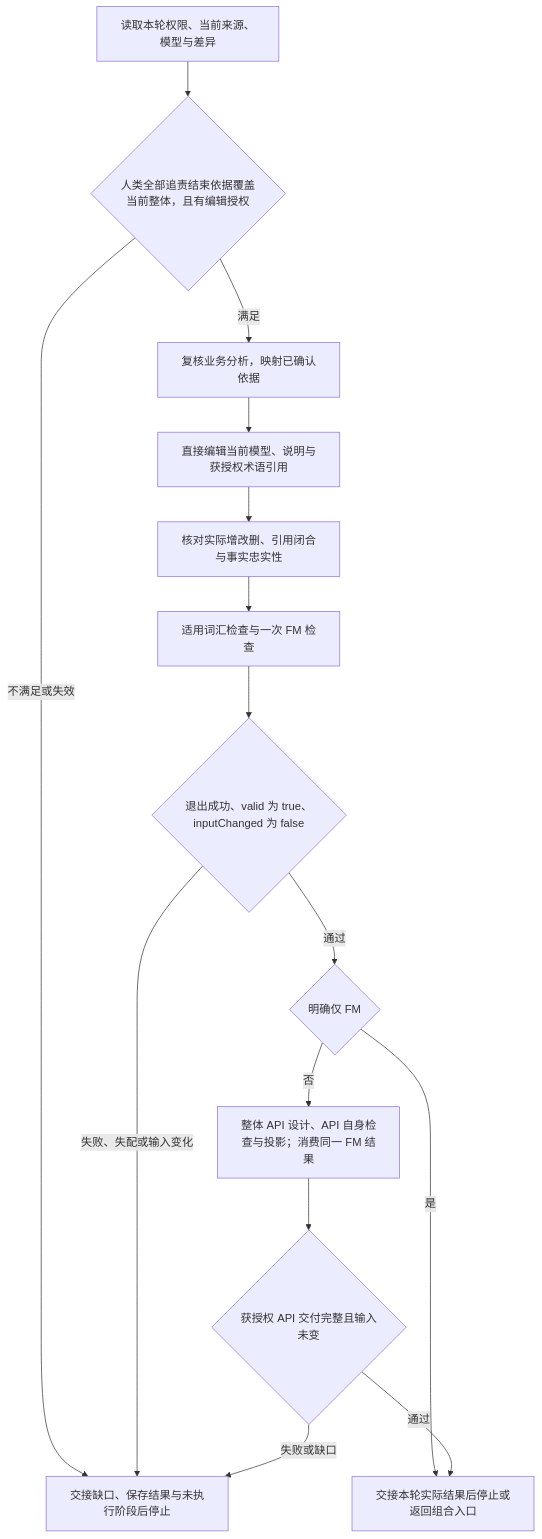
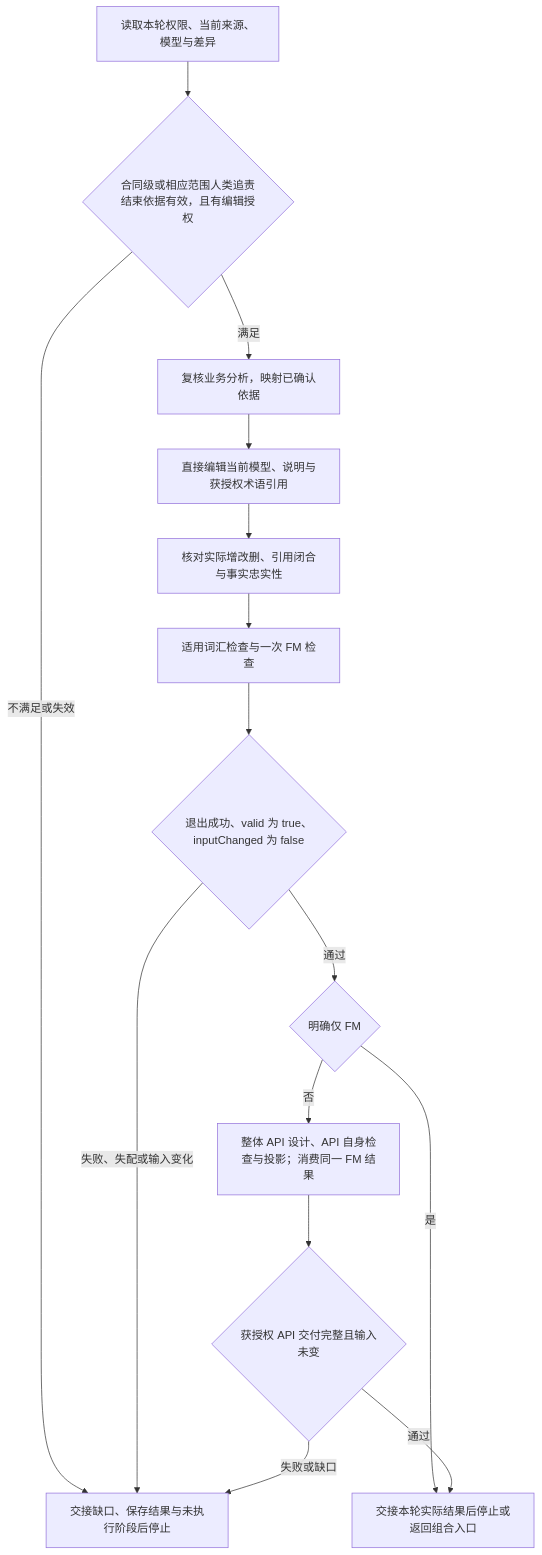
The diagram in .agents/skills/evidence-fm/references/editing-workflow.md (JayClock/Evidence-Framework), drawn with Mermaid before and after one commit. The commit also changed other lines of this file and 28 other files, not shown here.

````diff
--- a/.agents/skills/evidence-fm/references/editing-workflow.md
+++ b/.agents/skills/evidence-fm/references/editing-workflow.md
@@ -7,29 +7,29 @@
 ```mermaid
 flowchart TD
     input[读取本轮权限、当前来源、模型与差异]
-    admission{人类全部追责结束依据覆盖当前整体，且有编辑授权}
+    admission{合同级或相应范围人类追责结束依据有效，且有编辑授权}
     mapping[复核业务分析，映射已确认依据]
     edit[直接编辑当前模型、说明与获授权术语引用]
     difference[核对实际增改删、引用闭合与事实忠实性]
     check[适用词汇检查与一次 FM 检查]
     valid{退出成功、valid 为 true、inputChanged 为 false}
     narrow{明确仅 FM}
     api[整体 API 设计、API 自身检查与投影；消费同一 FM 结果]
     apiValid{获授权 API 交付完整且输入未变}
     blocked[交接缺口、保存结果与未执行阶段后停止]
     handoff[交接本轮实际结果后停止或返回组合入口]
     input --> admission
     admission -->|不满足或失效| blocked
     admission -->|满足| mapping
     mapping --> edit
     edit --> difference
     difference --> check
     check --> valid
     valid -->|失败、失配或输入变化| blocked
     valid -->|通过| narrow
     narrow -->|是| handoff
     narrow -->|否| api
     api --> apiValid
     apiValid -->|失败或缺口| blocked
     apiValid -->|通过| handoff
 ```
````
